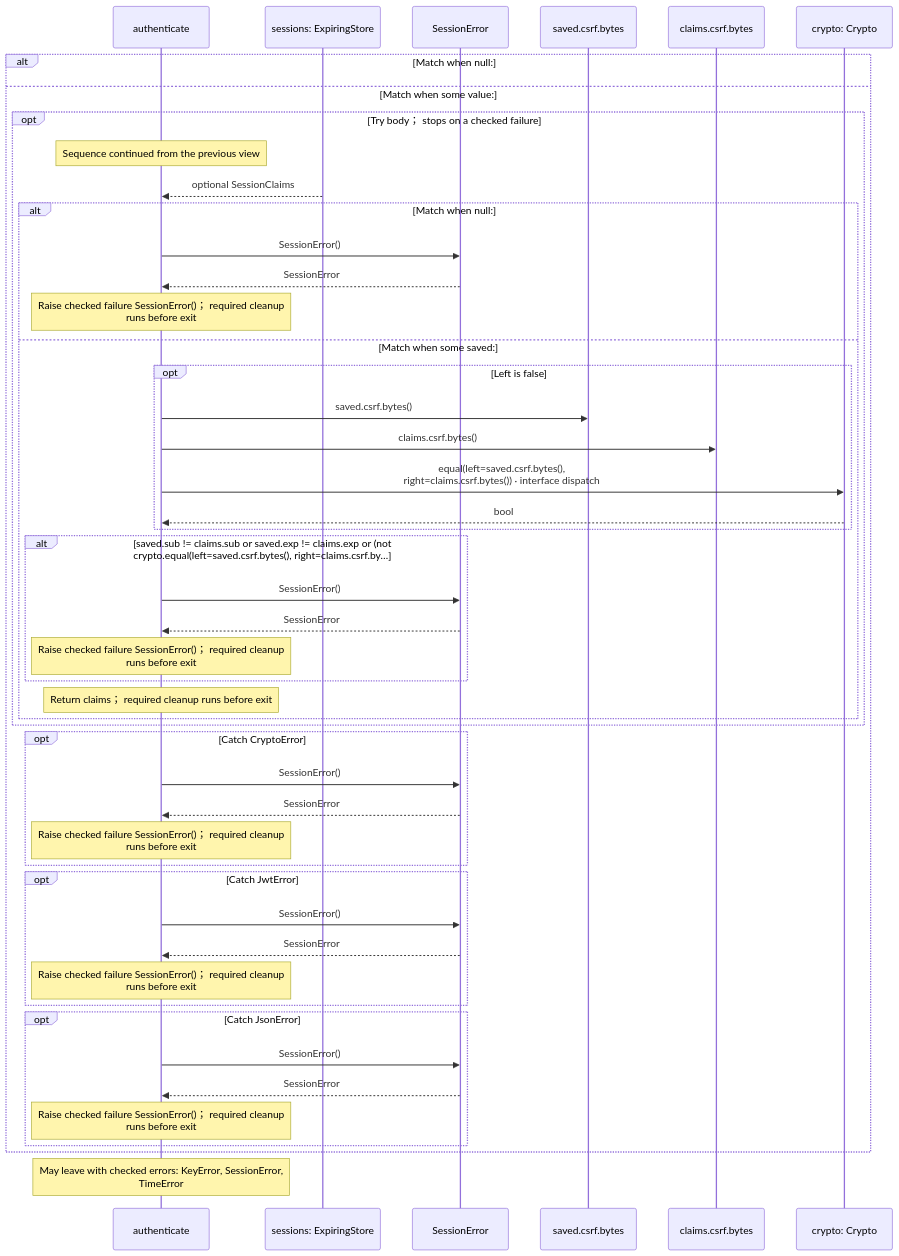
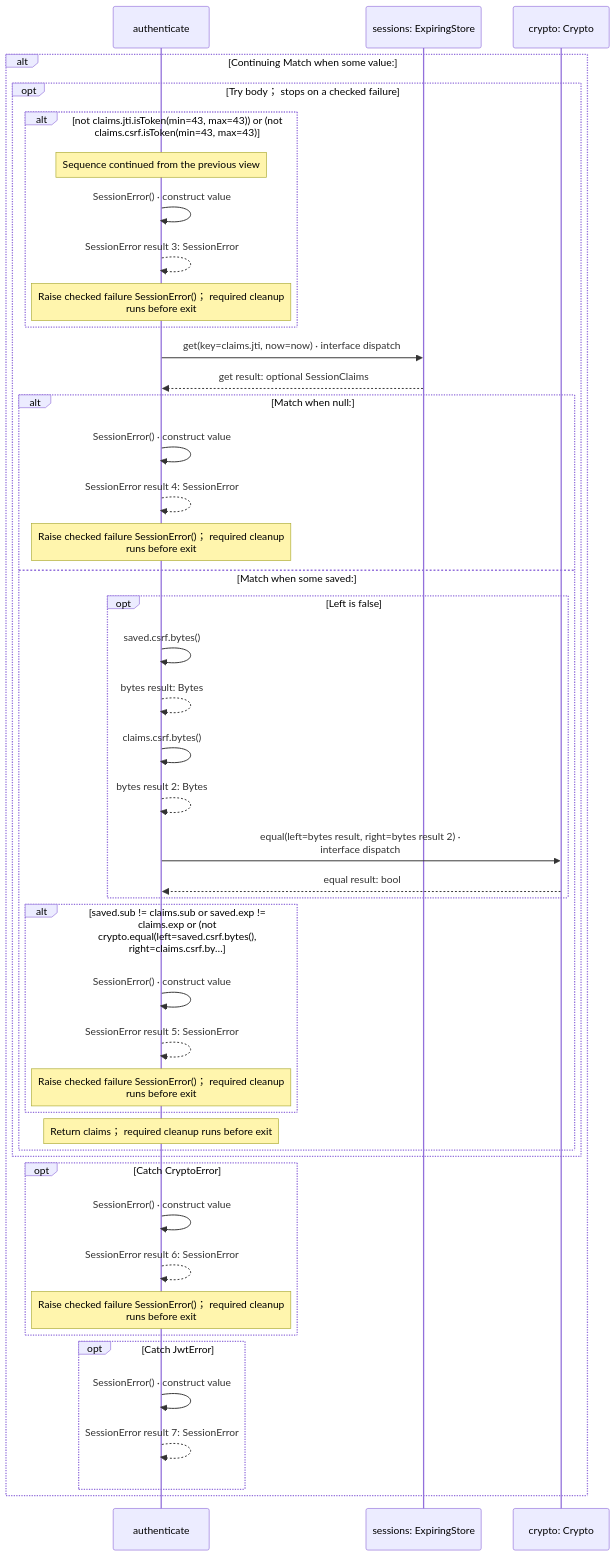
The third of 4 diagrams in docs/examples/oidc-login/client/session-diagrams.md (GreenPandaStudios/augscript), drawn with Mermaid before and after one commit. The commit also changed other lines of this file and 304 other files, not shown here.

Commit message:
Make generated data-flow sequences concise and review every diagram

````diff
--- a/docs/examples/oidc-login/client/session-diagrams.md
+++ b/docs/examples/oidc-login/client/session-diagrams.md
@@ -132,50 +98,47 @@
 ```mermaid
 sequenceDiagram
     participant p0 as authenticate
     participant p1 as sessions: ExpiringStore
-    participant p2 as SessionError
-    participant p3 as saved.csrf.bytes
-    participant p4 as claims.csrf.bytes
-    participant p5 as crypto: Crypto
+    participant p2 as crypto: Crypto
+    alt Continuing Match when some value:
+    opt Try body； stops on a checked failure
+    alt not claims.jti.isToken(min=43, max=43)) or (not claims.csrf.isToken(min=43, max=43)
+    Note over p0: Sequence continued from the previous view
+    p0->>p0: SessionError() · construct value
+    p0-->>p0: SessionError result 3: SessionError
+    Note over p0: Raise checked failure SessionError()； required cleanup<br/>runs before exit
+    end
+    p0->>p1: get(key=claims.jti, now=now) · interface dispatch
+    p1-->>p0: get result: optional SessionClaims
     alt Match when null:
-    else Match when some value:
-    opt Try body； stops on a checked failure
-    Note over p0: Sequence continued from the previous view
-    p1-->>p0: optional SessionClaims
-    alt Match when null:
-    p0->>p2: SessionError()
-    p2-->>p0: SessionError
+    p0->>p0: SessionError() · construct value
+    p0-->>p0: SessionError result 4: SessionError
     Note over p0: Raise checked failure SessionError()； required cleanup<br/>runs before exit
     else Match when some saved:
     opt Left is false
-    p0->>p3: saved.csrf.bytes()
-    p0->>p4: claims.csrf.bytes()
-    p0->>p5: equal(left=saved.csrf.bytes(),<br/>right=claims.csrf.bytes()) · interface dispatch
-    p5-->>p0: bool
+    p0->>p0: saved.csrf.bytes()
+    p0-->>p0: bytes result: Bytes
+    p0->>p0: claims.csrf.bytes()
+    p0-->>p0: bytes result 2: Bytes
+    p0->>p2: equal(left=bytes result, right=bytes result 2) ·<br/>interface dispatch
+    p2-->>p0: equal result: bool
     end
     alt saved.sub != claims.sub or saved.exp != claims.exp or (not crypto.equal(left=saved.csrf.bytes(), right=claims.csrf.by…
-    p0->>p2: SessionError()
-    p2-->>p0: SessionError
+    p0->>p0: SessionError() · construct value
+    p0-->>p0: SessionError result 5: SessionError
     Note over p0: Raise checked failure SessionError()； required cleanup<br/>runs before exit
     end
     Note over p0: Return claims； required cleanup runs before exit
     end
     end
     opt Catch CryptoError
-    p0->>p2: SessionError()
-    p2-->>p0: SessionError
+    p0->>p0: SessionError() · construct value
+    p0-->>p0: SessionError result 6: SessionError
     Note over p0: Raise checked failure SessionError()； required cleanup<br/>runs before exit
     end
     opt Catch JwtError
-    p0->>p2: SessionError()
-    p2-->>p0: SessionError
-    Note over p0: Raise checked failure SessionError()； required cleanup<br/>runs before exit
-    end
-    opt Catch JsonError
-    p0->>p2: SessionError()
-    p2-->>p0: SessionError
-    Note over p0: Raise checked failure SessionError()； required cleanup<br/>runs before exit
+    p0->>p0: SessionError() · construct value
+    p0-->>p0: SessionError result 7: SessionError
     end
     end
-    Note over p0: May leave with checked errors: KeyError, SessionError,<br/>TimeError
 ```
````
